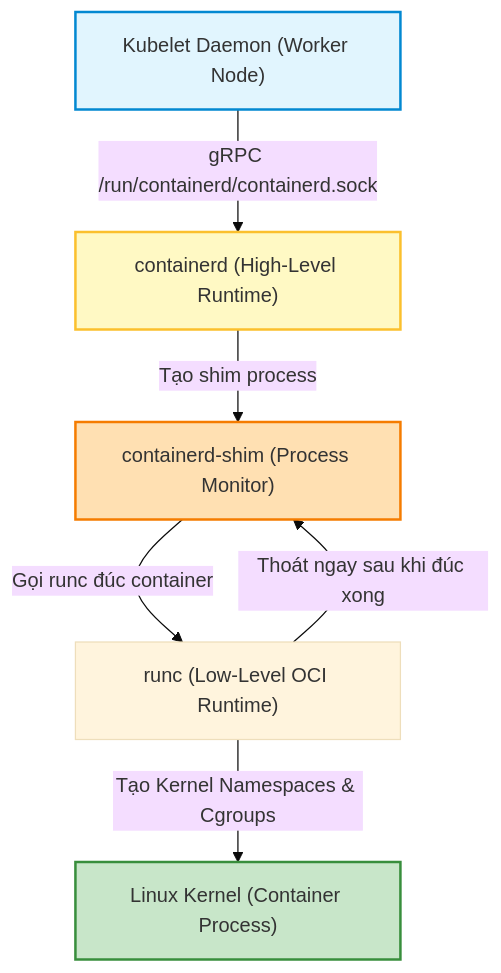
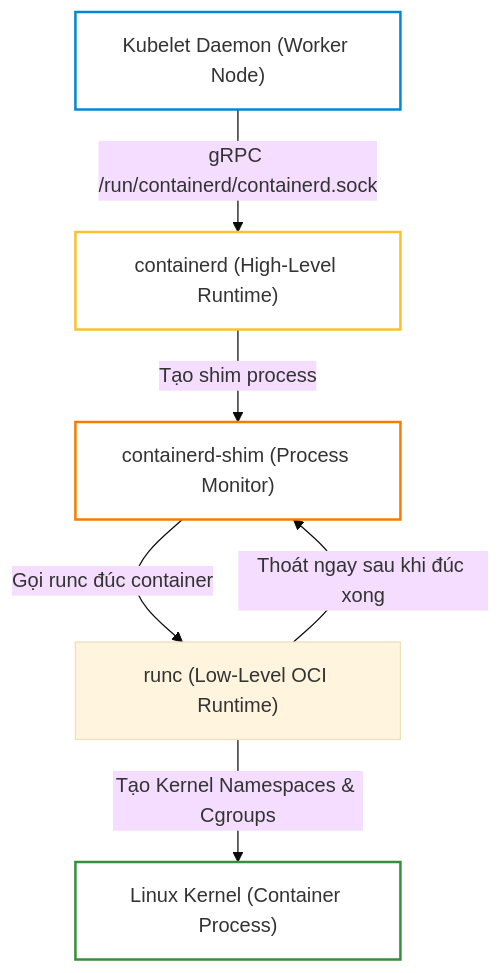
The first of 3 diagrams in _posts/2026-09-12-cka-05-05-container-runtime-va-crictl.md (kiennt308/ntk), drawn with Mermaid (base theme) before and after one commit. The commit also changed other lines of this file and 207 other files, not shown here.

Commit message:
feat(posts): batch standardize all 208 posts with TL;DR, qa-card accordion, fill:none mermaid, and liquid raw wrappers

````diff
--- a/_posts/2026-09-12-cka-05-05-container-runtime-va-crictl.md
+++ b/_posts/2026-09-12-cka-05-05-container-runtime-va-crictl.md
@@ -115,13 +119,13 @@
 ```mermaid
 graph TD
     A["Kubelet Daemon (Worker Node)"] -->|gRPC /run/containerd/containerd.sock| B["containerd (High-Level Runtime)"]
     B -->|Tạo shim process| C["containerd-shim (Process Monitor)"]
     C -->|Gọi runc đúc container| D["runc (Low-Level OCI Runtime)"]
     D -->|Tạo Kernel Namespaces & Cgroups| E["Linux Kernel (Container Process)"]
     D -->|Thoát ngay sau khi đúc xong| C
 
-    style A fill:#e1f5fe,stroke:#0288d1,stroke-width:2px
-    style B fill:#fff9c4,stroke:#fbc02d,stroke-width:2px
-    style C fill:#ffe0b2,stroke:#f57c00,stroke-width:2px
-    style E fill:#c8e6c9,stroke:#388e3c,stroke-width:2px
+    style A fill:none,stroke:#0288d1,stroke-width:2px
+    style B fill:none,stroke:#fbc02d,stroke-width:2px
+    style C fill:none,stroke:#f57c00,stroke-width:2px
+    style E fill:none,stroke:#388e3c,stroke-width:2px
 ```
````
